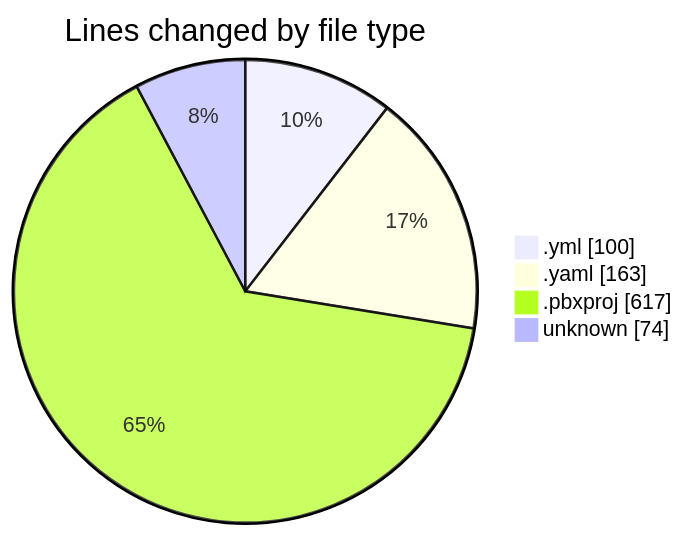
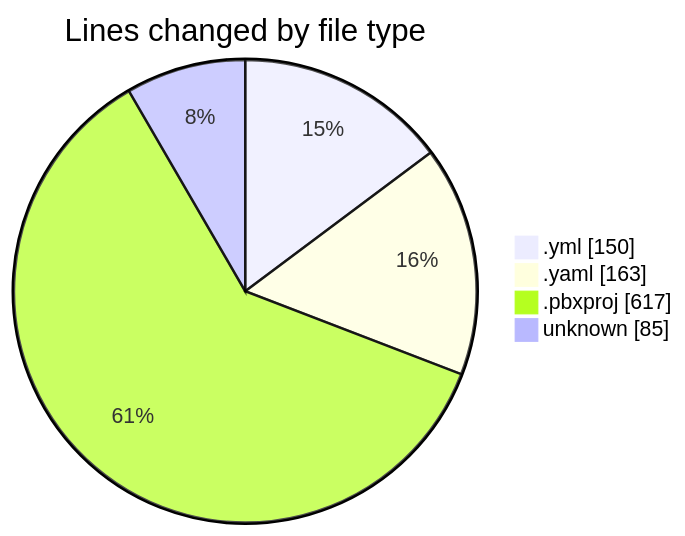
Before and after one commit to lephambinh05/code-tracking: the first of 2 diagrams in 2025-08-08/studybuddy/README.md, drawn with Mermaid. The commit also changed other lines of this file and 1 other file, not shown here.

````diff
--- a/2025-08-08/studybuddy/README.md
+++ b/2025-08-08/studybuddy/README.md
@@ -24,8 +24,8 @@
 ```mermaid
 pie showData
 title Lines changed by file type
-".yml" : 100
+".yml" : 150
 ".yaml" : 163
 ".pbxproj" : 617
-"unknown" : 74
+"unknown" : 85
 ```
````
